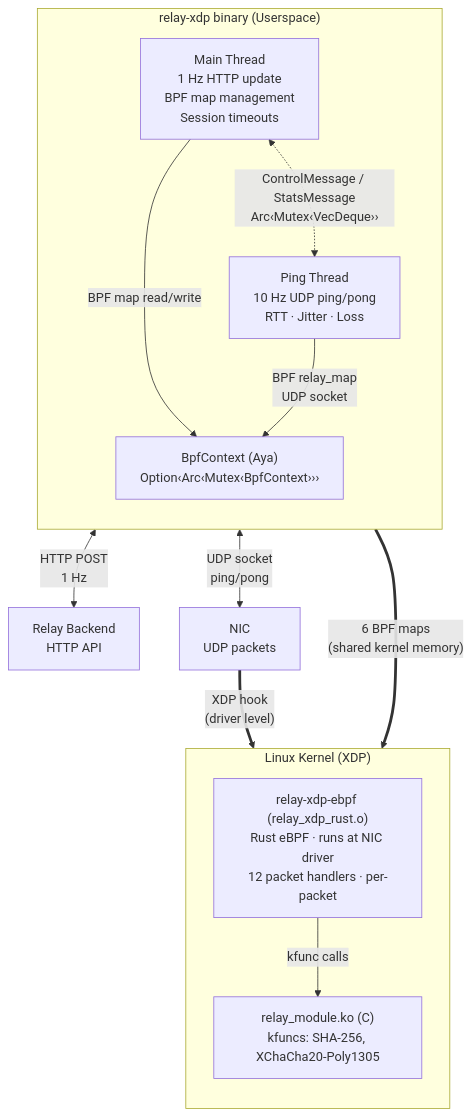
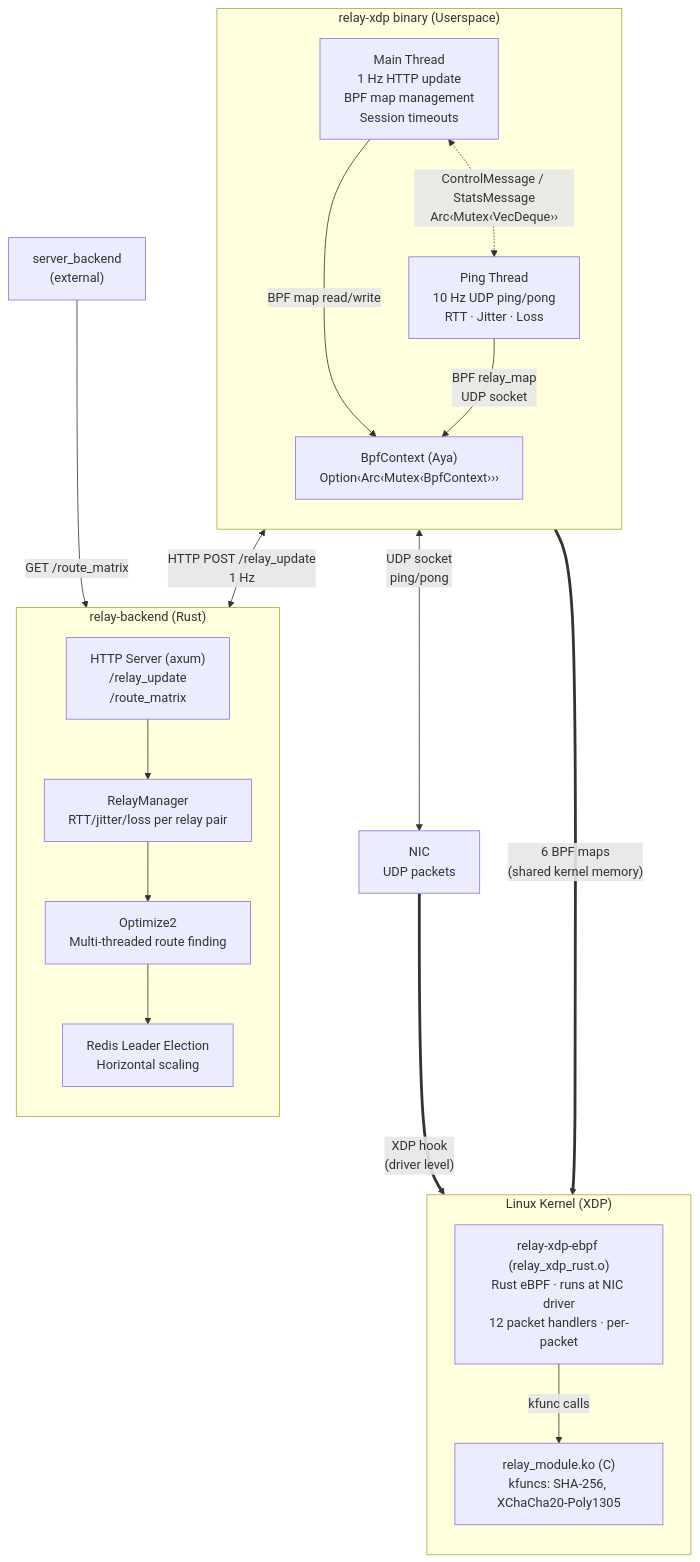
The first of 2 diagrams in README.md (brianpht/relay-xdp), drawn with Mermaid before and after one commit. The commit also changed other lines of this file and 28 other files, not shown here.

````diff
--- a/README.md
+++ b/README.md
@@ -26,27 +26,37 @@
 ```mermaid
 flowchart TB
     subgraph userspace["relay-xdp binary (Userspace)"]
         direction TB
         MT["Main Thread\n1 Hz HTTP update\nBPF map management\nSession timeouts"]
         PT["Ping Thread\n10 Hz UDP ping/pong\nRTT · Jitter · Loss"]
         MT <-.->|"ControlMessage / StatsMessage\nArc‹Mutex‹VecDeque››"| PT
         BC["BpfContext (Aya)\nOption‹Arc‹Mutex‹BpfContext›››"]
         MT -->|"BPF map read/write"| BC
         PT -->|"BPF relay_map\nUDP socket"| BC
     end
 
+    subgraph backend["relay-backend (Rust)"]
+        direction TB
+        BH["HTTP Server (axum)\n/relay_update\n/route_matrix"]
+        RM["RelayManager\nRTT/jitter/loss per relay pair"]
+        OPT["Optimize2\nMulti-threaded route finding"]
+        RD["Redis Leader Election\nHorizontal scaling"]
+        BH --> RM --> OPT --> RD
+    end
+
     subgraph kernel["Linux Kernel (XDP)"]
         direction TB
         EBPF["relay-xdp-ebpf (relay_xdp_rust.o)\nRust eBPF · runs at NIC driver\n12 packet handlers · per-packet"]
         MOD["relay_module.ko (C)\nkfuncs: SHA-256, XChaCha20-Poly1305"]
         EBPF -->|"kfunc calls"| MOD
     end
 
-    BACKEND["Relay Backend\nHTTP API"]
+    SB["server_backend\n(external)"]
     NIC["NIC\nUDP packets"]
 
-    MT <-->|"HTTP POST\n1 Hz"| BACKEND
+    MT <-->|"HTTP POST /relay_update\n1 Hz"| BH
+    SB -->|"GET /route_matrix"| BH
     PT <-->|"UDP socket\nping/pong"| NIC
     BC ==>|"6 BPF maps\n(shared kernel memory)"| EBPF
     NIC ==>|"XDP hook\n(driver level)"| EBPF
 ```
````
